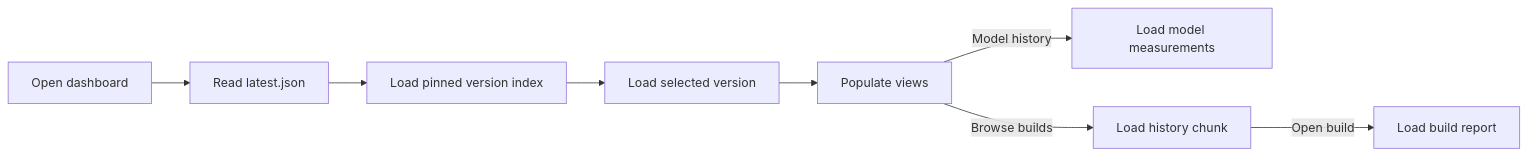
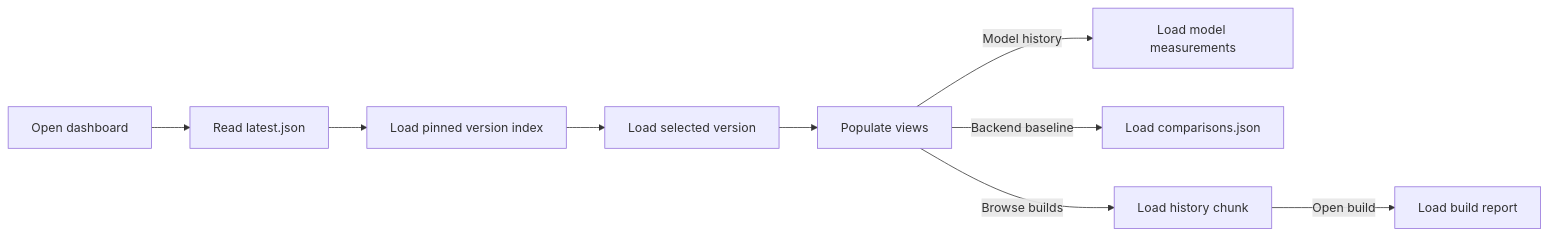
Before and after one commit to lemonade-sdk/rocm-readiness: the second of 2 diagrams in docs/data-flow.md, drawn with Mermaid. The commit also changed other lines of this file and 3 other files, not shown here.

````diff
--- a/docs/data-flow.md
+++ b/docs/data-flow.md
@@ -52,10 +53,11 @@
 ```mermaid
 flowchart LR
     Open["Open dashboard"] --> Pointer["Read latest.json"]
     Pointer --> Index["Load pinned version index"]
     Index --> Load["Load selected version"]
     Load --> Display["Populate views"]
     Display -->|Model history| Performance["Load model measurements"]
+    Display -->|Backend baseline| Comparisons["Load comparisons.json"]
     Display -->|Browse builds| History["Load history chunk"]
     History -->|Open build| Report["Load build report"]
 ```
````
